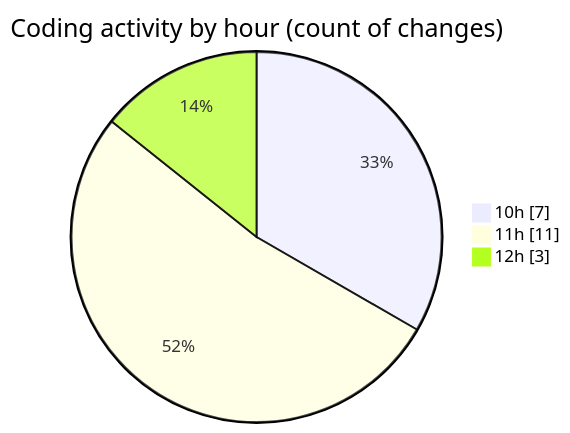
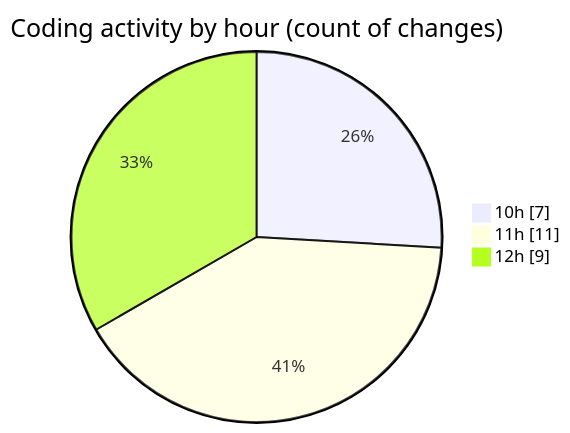
One commit to igalym/code-tracking changed the second of 2 diagrams in 2026-03-31/cinema/README.md. Above: the diagram before and after it, drawn with Mermaid. The commit also changed other lines of this file and 1 other file, not shown here.

````diff
--- a/2026-03-31/cinema/README.md
+++ b/2026-03-31/cinema/README.md
@@ -38,7 +38,7 @@
 ```mermaid
 pie showData
 title Coding activity by hour (count of changes)
 "10h" : 7
 "11h" : 11
-"12h" : 3
+"12h" : 9
 ```
````
